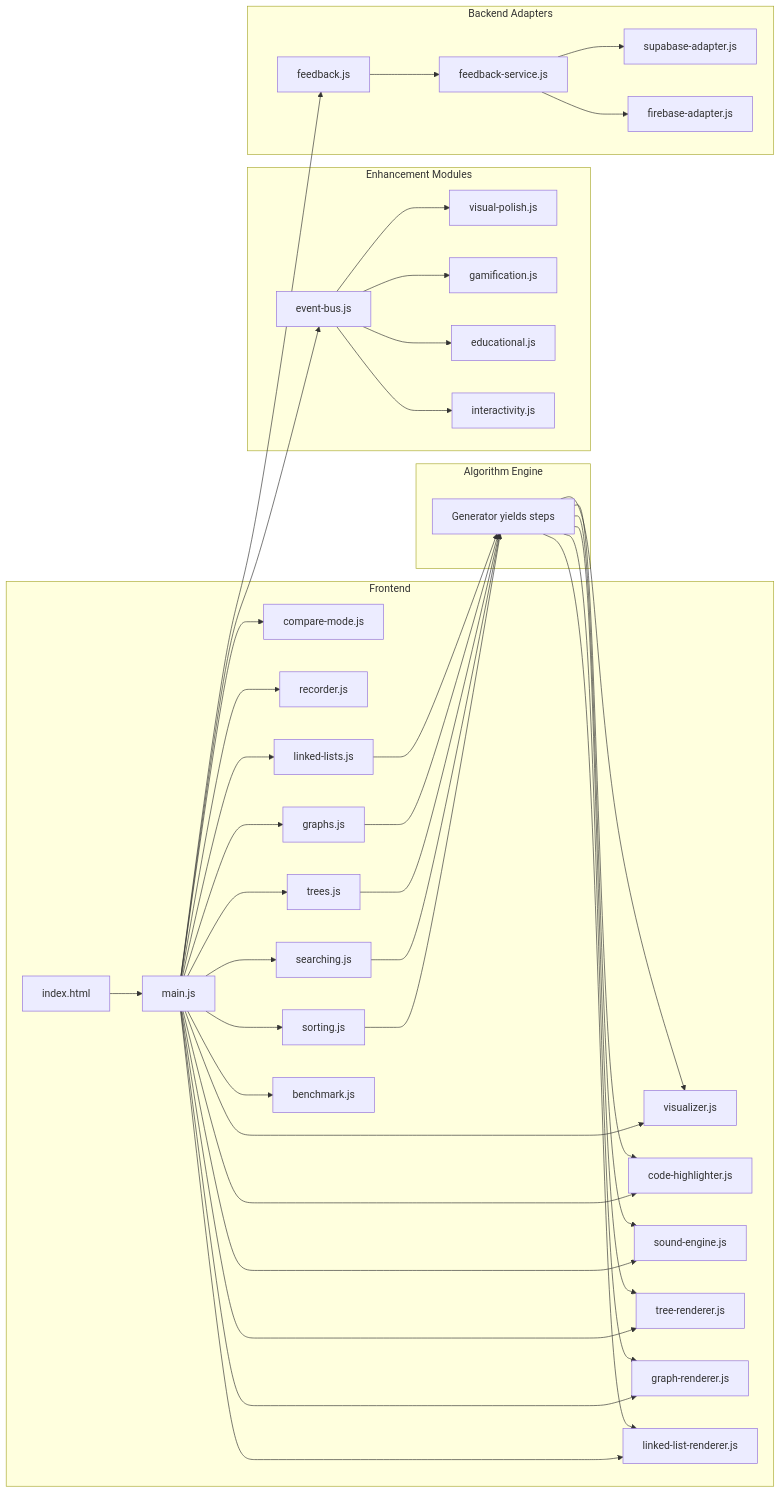
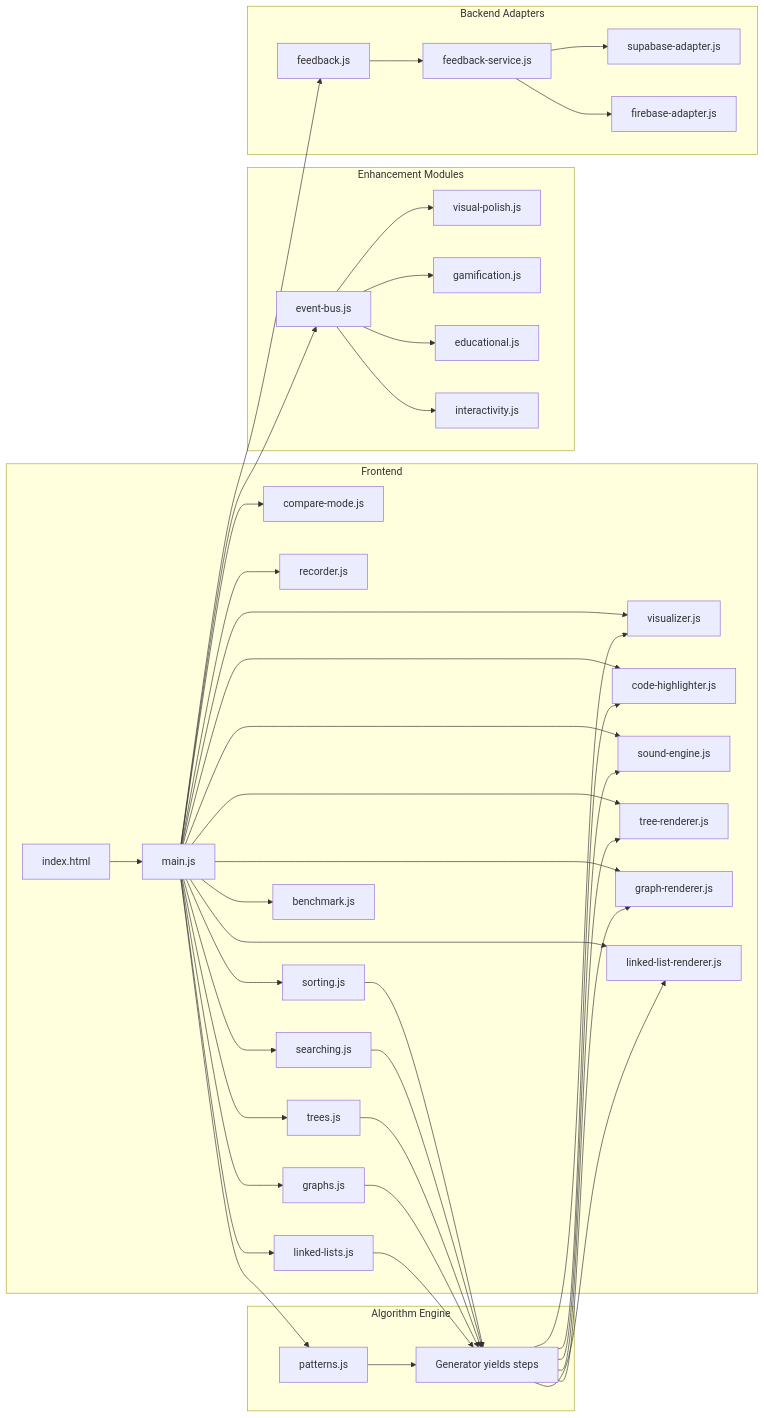
One commit to neoncircuit/dsa-visualizer changed the second of 2 diagrams in README.md. Above: the diagram before and after it, drawn with Mermaid. The commit also changed other lines of this file and 16 other files, not shown here.

````diff
--- a/README.md
+++ b/README.md
@@ -246,46 +263,48 @@
 ```mermaid
 graph LR
     subgraph Frontend
         A[index.html] --> B[main.js]
         B --> C[visualizer.js]
         B --> D[code-highlighter.js]
         B --> E[sound-engine.js]
         B --> F[compare-mode.js]
         B --> G[recorder.js]
         B --> H[sorting.js]
         B --> I[searching.js]
         B --> T[trees.js]
         B --> U[graphs.js]
         B --> V[tree-renderer.js]
         B --> W[graph-renderer.js]
         B --> LL[linked-lists.js]
         B --> Z[linked-list-renderer.js]
         B --> BM[benchmark.js]
     end
     subgraph Enhancement Modules
         B --> EB[event-bus.js]
         EB --> VP[visual-polish.js]
         EB --> GM[gamification.js]
         EB --> ED[educational.js]
         EB --> IX[interactivity.js]
     end
     subgraph Backend Adapters
         B --> FB[feedback.js]
         FB --> FS[feedback-service.js]
         FS --> SA[supabase-adapter.js]
         FS --> FA[firebase-adapter.js]
     end
     subgraph Algorithm Engine
         H --> J[Generator yields steps]
         I --> J
         T --> J
         U --> J
         LL --> J
+        B --> PA[patterns.js]
+        PA --> J
     end
     J --> C
     J --> V
     J --> W
     J --> Z
     J --> D
     J --> E
 ```
````
